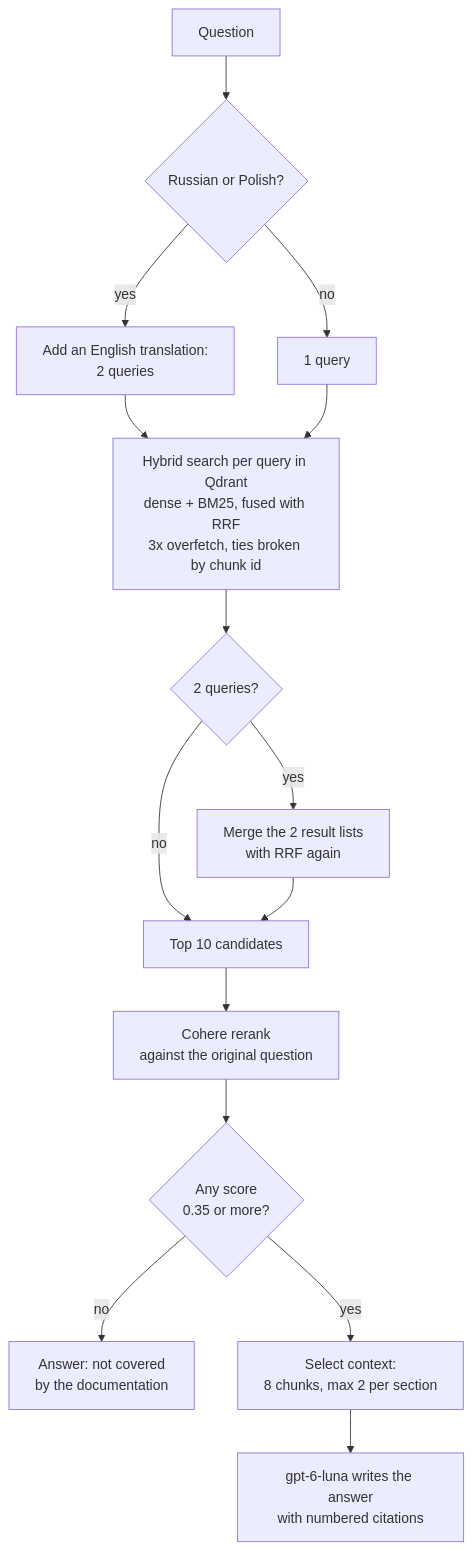
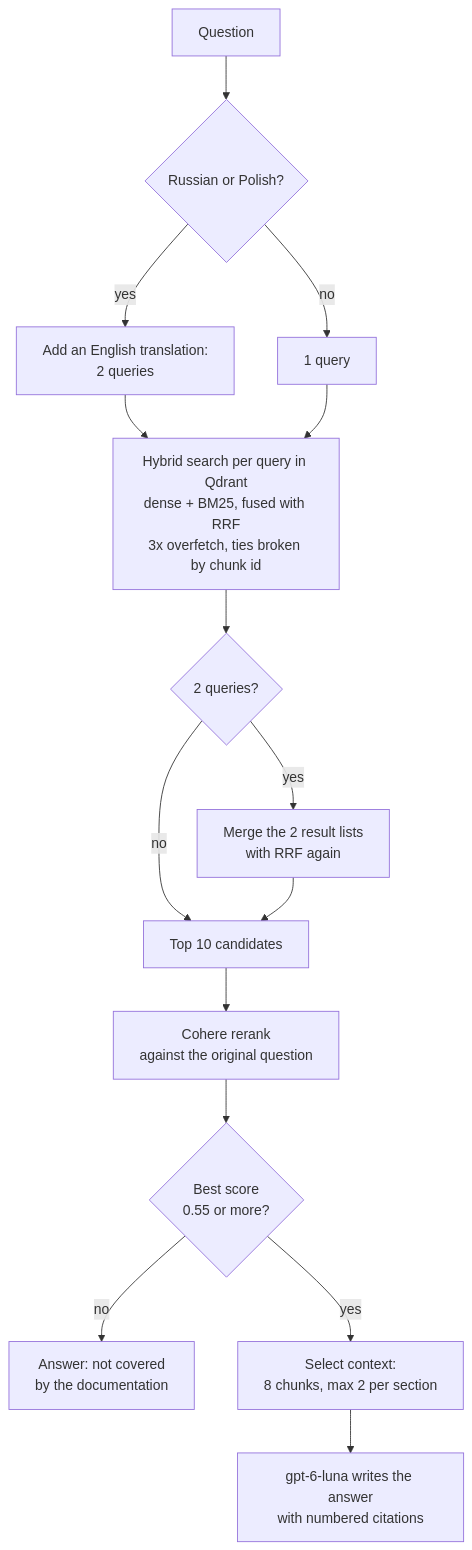
Before and after one commit to KonstantinStarovoytov/agent-docs: the first of 2 diagrams in ARCHITECTURE.md, drawn with Mermaid. The commit also changed other lines of this file and 2 other files, not shown here.

Commit message:
docs: one passage per page, top-score abstention; report on stored scores

````diff
--- a/ARCHITECTURE.md
+++ b/ARCHITECTURE.md
@@ -59,17 +59,17 @@
 ```mermaid
 flowchart TD
     Q["Question"] --> T{"Russian or Polish?"}
     T -->|yes| TR["Add an English translation:<br/>2 queries"]
     T -->|no| ONE["1 query"]
     TR --> H
     ONE --> H
     H["Hybrid search per query in Qdrant<br/>dense + BM25, fused with RRF<br/>3x overfetch, ties broken by chunk id"] --> M{"2 queries?"}
     M -->|yes| RRF2["Merge the 2 result lists<br/>with RRF again"]
     M -->|no| C10
     RRF2 --> C10["Top 10 candidates"]
     C10 --> R["Cohere rerank<br/>against the original question"]
-    R --> TH{"Any score<br/>0.35 or more?"}
+    R --> TH{"Best score<br/>0.55 or more?"}
     TH -->|no| A["Answer: not covered<br/>by the documentation"]
     TH -->|yes| S["Select context:<br/>8 chunks, max 2 per section"]
     S --> G["gpt-6-luna writes the answer<br/>with numbered citations"]
 ```
````
